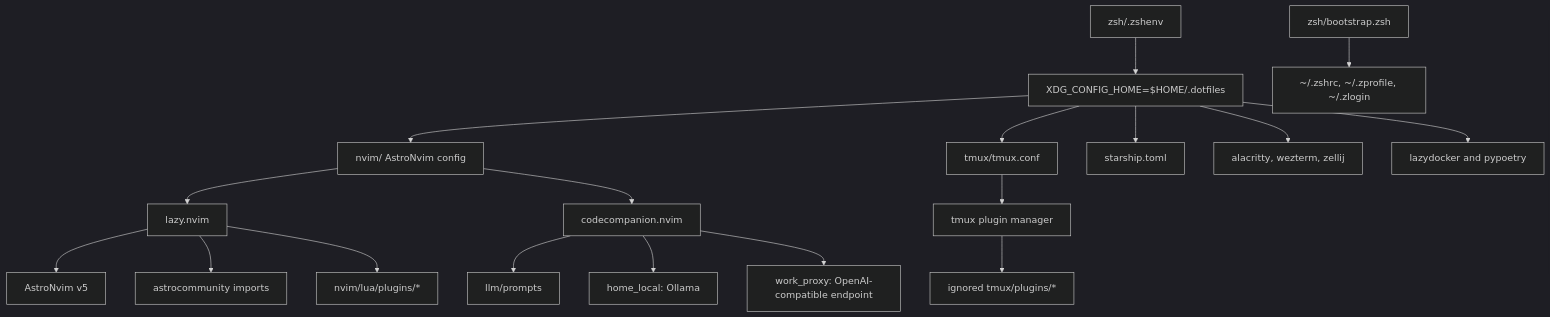
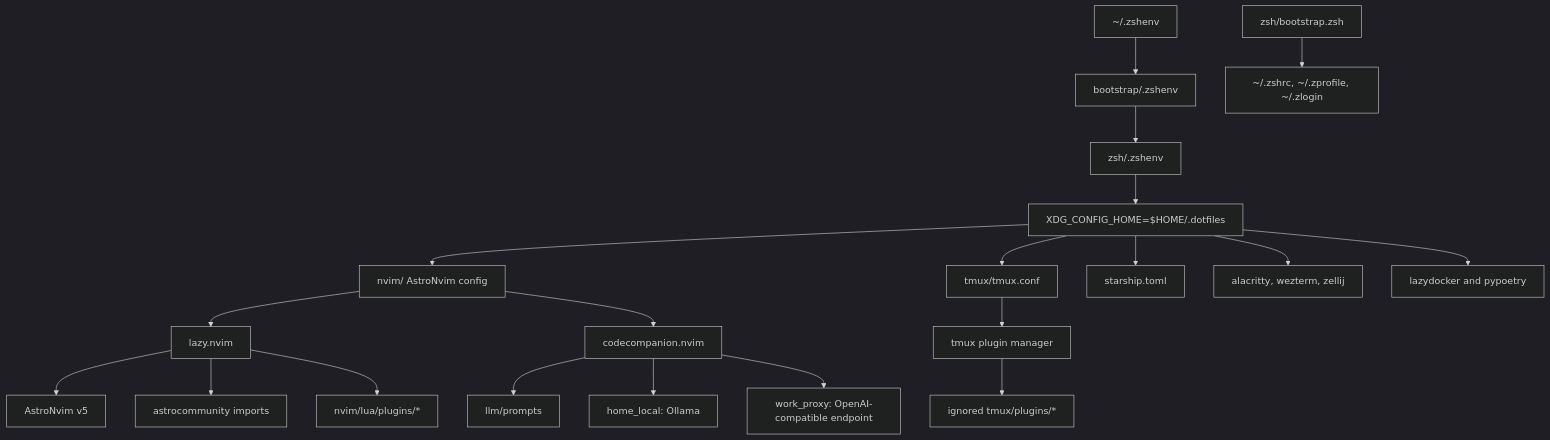
One commit to therealalexmois/dotfiles changed the diagram in AGENTS.md. Above: the diagram before and after it, drawn with Mermaid (dark theme). The commit also changed other lines of this file and 1 other file, not shown here.

Commit message:
chore(bootstrap): add zshenv entrypoint

````diff
--- a/AGENTS.md
+++ b/AGENTS.md
@@ -107,22 +112,24 @@
 ```mermaid
 flowchart TD
-  ZshEnv["zsh/.zshenv"] --> XDG["XDG_CONFIG_HOME=$HOME/.dotfiles"]
+  HomeZshEnv["~/.zshenv"] --> BootstrapZshEnv["bootstrap/.zshenv"]
+  BootstrapZshEnv --> ZshEnv["zsh/.zshenv"]
+  ZshEnv --> XDG["XDG_CONFIG_HOME=$HOME/.dotfiles"]
   XDG --> Nvim["nvim/ AstroNvim config"]
   XDG --> Tmux["tmux/tmux.conf"]
   XDG --> Starship["starship.toml"]
   XDG --> Terminals["alacritty, wezterm, zellij"]
   XDG --> Tools["lazydocker and pypoetry"]
 
   Nvim --> Lazy["lazy.nvim"]
   Lazy --> Astro["AstroNvim v5"]
   Lazy --> Community["astrocommunity imports"]
   Lazy --> Plugins["nvim/lua/plugins/*"]
   Nvim --> AI["codecompanion.nvim"]
   AI --> Prompts["llm/prompts"]
   AI --> Ollama["home_local: Ollama"]
   AI --> WorkProxy["work_proxy: OpenAI-compatible endpoint"]
 
   Tmux --> Tpm["tmux plugin manager"]
   Tpm --> TmuxPlugins["ignored tmux/plugins/*"]
   ZshBootstrap["zsh/bootstrap.zsh"] --> ZshFiles["~/.zshrc, ~/.zprofile, ~/.zlogin"]
 ```
````
